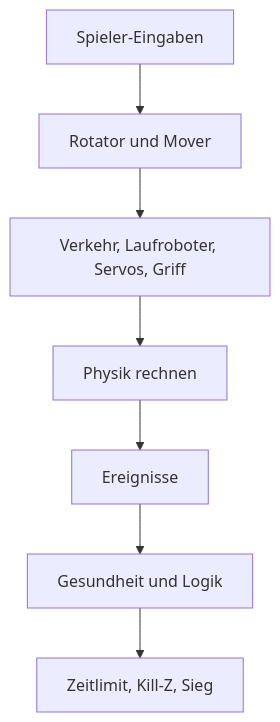
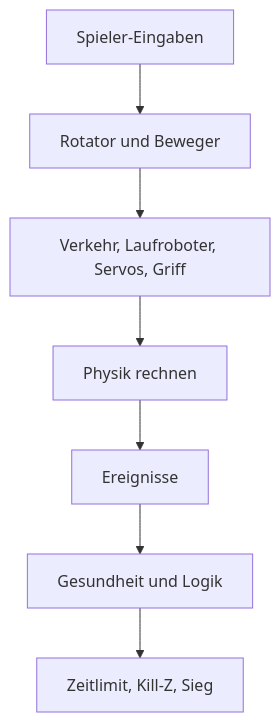
Before and after one commit to ChristianHohlfeld/kernengine.de: the third of 4 diagrams in kern/docs/buch-gelb/08-spiel-laufzeit.md, drawn with Mermaid. The commit also changed other lines of this file and 19 other files, not shown here.

````diff
--- a/kern/docs/buch-gelb/08-spiel-laufzeit.md
+++ b/kern/docs/buch-gelb/08-spiel-laufzeit.md
@@ -347,9 +342,10 @@
 ```mermaid
+%% Bildunterschrift: Ein fester Schritt der GameWorld, immer in derselben Reihenfolge
 flowchart TD
-  A[Spieler-Eingaben] --> B[Rotator und Mover]
+  A[Spieler-Eingaben] --> B[Rotator und Beweger]
   B --> C[Verkehr, Laufroboter, Servos, Griff]
   C --> D[Physik rechnen]
   D --> E[Ereignisse]
   E --> F[Gesundheit und Logik]
   F --> G[Zeitlimit, Kill-Z, Sieg]
 ```
````
